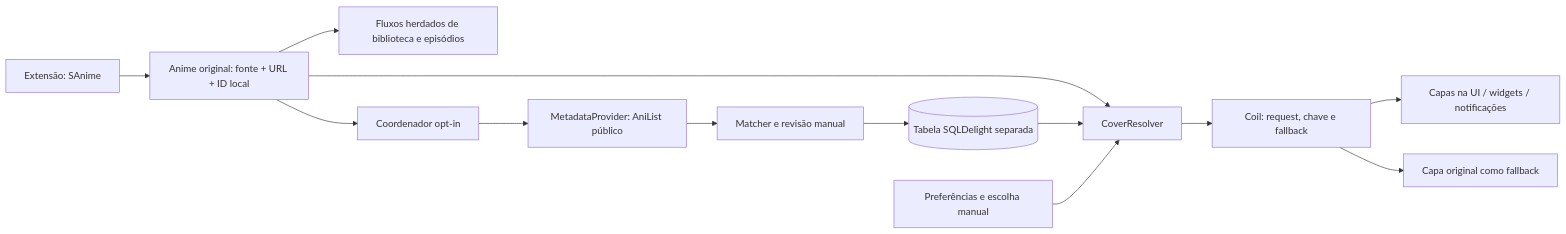
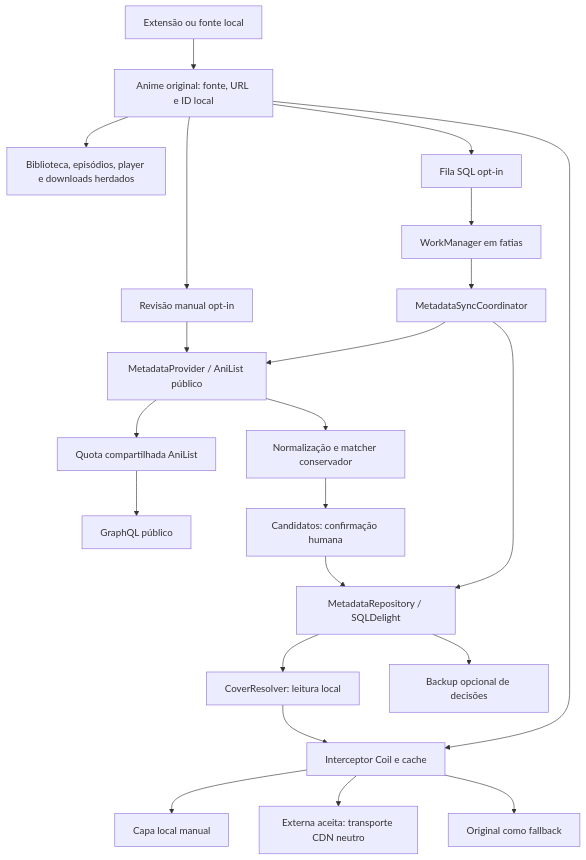
One commit to sevenstarr/Yume changed the diagram in docs/ARCHITECTURE.md. Above: the diagram before and after it, drawn with Mermaid. The commit also changed other lines of this file and 21 other files, not shown here.

````diff
--- a/docs/ARCHITECTURE.md
+++ b/docs/ARCHITECTURE.md
@@ -33,15 +9,24 @@
 ```mermaid
-flowchart LR
-    S[Extensão: SAnime] --> A[Anime original: fonte + URL + ID local]
-    A --> E[Fluxos herdados de biblioteca e episódios]
-    A --> C[Coordenador opt-in]
-    C --> P[MetadataProvider: AniList público]
-    P --> M[Matcher e revisão manual]
-    M --> D[(Tabela SQLDelight separada)]
-    A --> R[CoverResolver]
-    D --> R
-    U[Preferências e escolha manual] --> R
-    R --> I[Coil: request, chave e fallback]
-    I --> V[Capas na UI / widgets / notificações]
-    I --> O[Capa original como fallback]
+flowchart TD
+    Source[Extensão ou fonte local] --> Anime[Anime original: fonte, URL e ID local]
+    Anime --> Legacy[Biblioteca, episódios, player e downloads herdados]
+    Anime --> Review[Revisão manual opt-in]
+    Anime --> Queue[Fila SQL opt-in]
+    Queue --> Job[WorkManager em fatias]
+    Job --> Coordinator[MetadataSyncCoordinator]
+    Review --> Provider[MetadataProvider / AniList público]
+    Coordinator --> Provider
+    Provider --> Governor[Quota compartilhada AniList]
+    Governor --> API[GraphQL público]
+    Provider --> Matcher[Normalização e matcher conservador]
+    Matcher --> Confirm[Candidatos: confirmação humana]
+    Confirm --> Store[MetadataRepository / SQLDelight]
+    Coordinator --> Store
+    Store --> Resolver[CoverResolver: leitura local]
+    Anime --> Coil[Interceptor Coil e cache]
+    Resolver --> Coil
+    Coil --> Manual[Capa local manual]
+    Coil --> CDN[Externa aceita: transporte CDN neutro]
+    Coil --> Original[Original como fallback]
+    Store --> Backup[Backup opcional de decisões]
 ```
````
